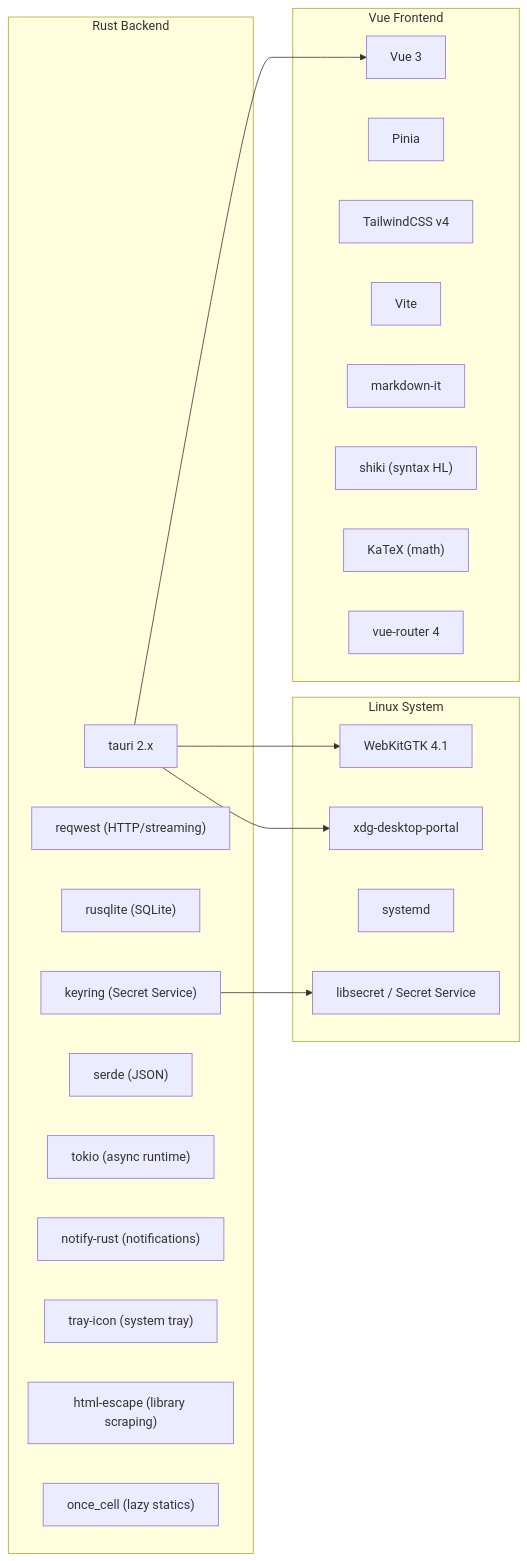
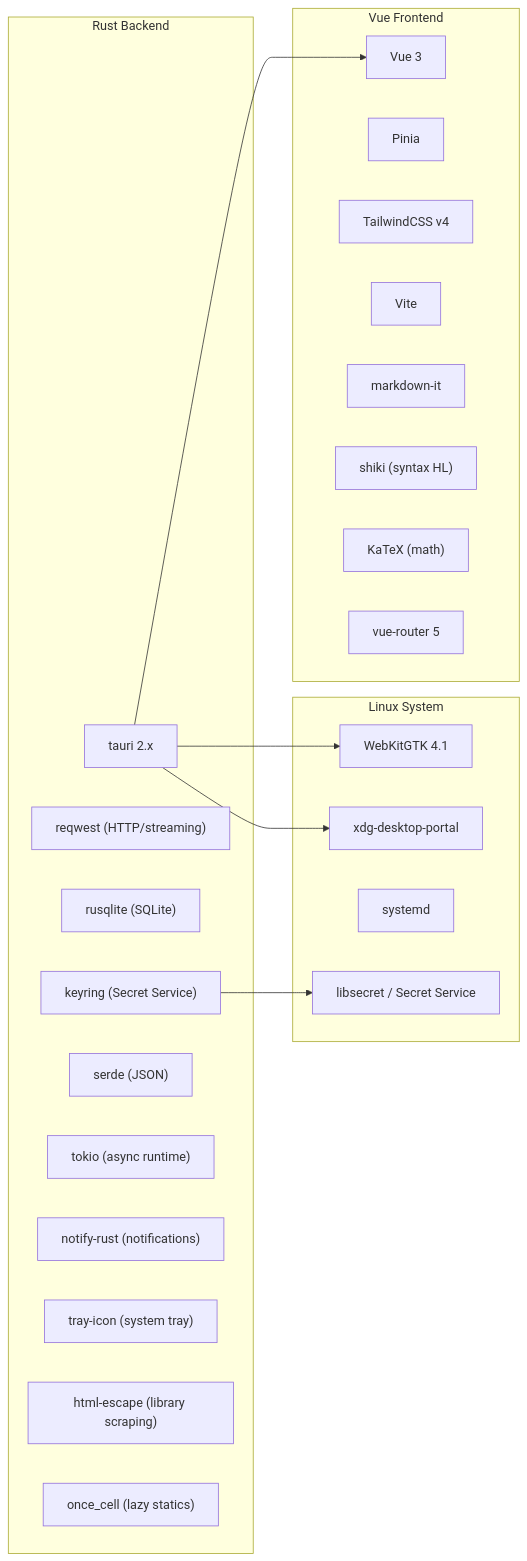
Before and after one commit to nikoteressi/alpaka-desktop: the third of 3 diagrams in docs/ARCHITECTURE.md, drawn with Mermaid. The commit also changed 20 other files, not shown here.

````diff
--- a/docs/ARCHITECTURE.md
+++ b/docs/ARCHITECTURE.md
@@ -1095,38 +1095,38 @@
 ```mermaid
 graph LR
     subgraph "Rust Backend"
         tauri["tauri 2.x"]
         reqwest["reqwest (HTTP/streaming)"]
         rusqlite["rusqlite (SQLite)"]
         keyring["keyring (Secret Service)"]
         serde["serde (JSON)"]
         tokio["tokio (async runtime)"]
         notify_rust["notify-rust (notifications)"]
         tray_icon["tray-icon (system tray)"]
         html_escape["html-escape (library scraping)"]
         once_cell["once_cell (lazy statics)"]
     end
 
     subgraph "Vue Frontend"
         vue["Vue 3"]
         pinia["Pinia"]
         tailwind["TailwindCSS v4"]
         vite["Vite"]
         markdown_it["markdown-it"]
         shiki["shiki (syntax HL)"]
         katex["KaTeX (math)"]
-        vue_router["vue-router 4"]
+        vue_router["vue-router 5"]
     end
 
     subgraph "Linux System"
         webkit["WebKitGTK 4.1"]
         libsecret["libsecret / Secret Service"]
         systemd["systemd"]
         xdg["xdg-desktop-portal"]
     end
 
     tauri --> vue
     tauri --> webkit
     keyring --> libsecret
     tauri --> xdg
 ```
````
